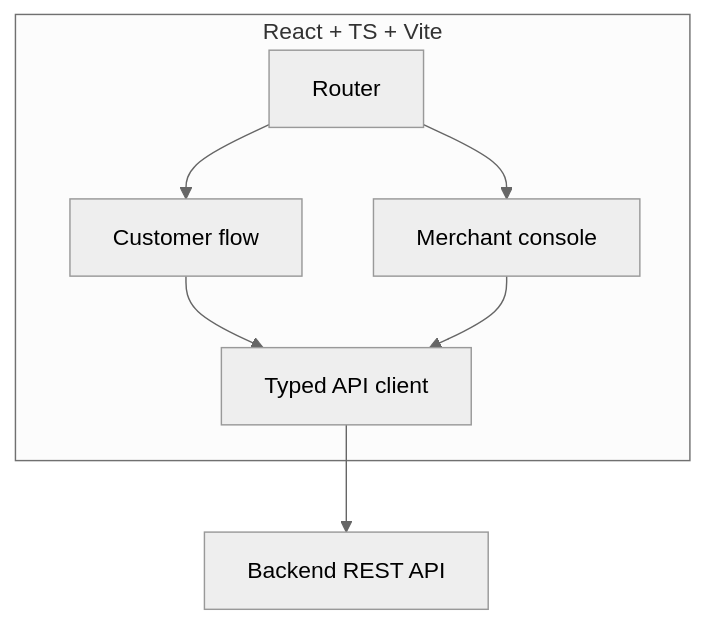
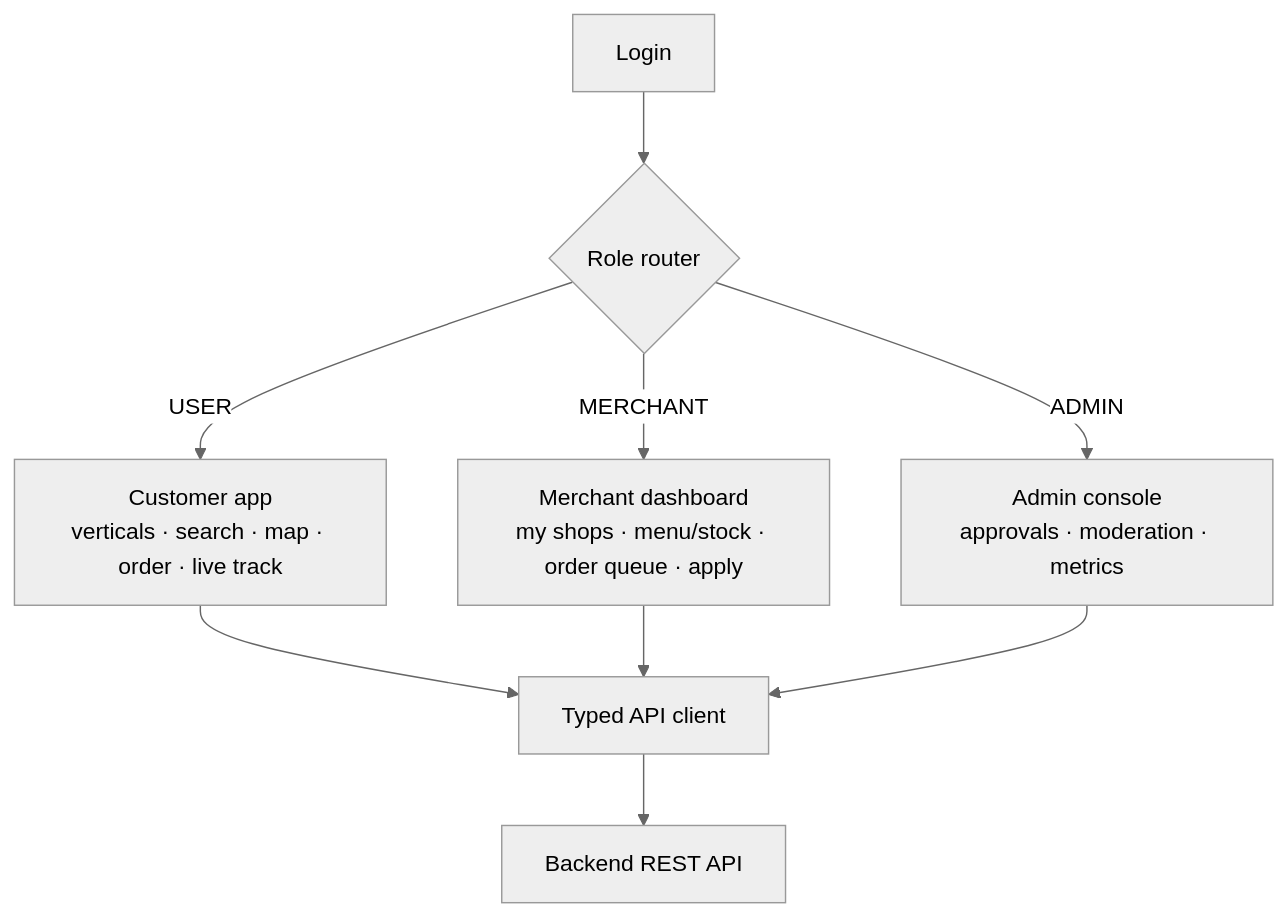
One commit to ManoharEldhandi/OnTheWay changed the ninth of 10 diagrams in ARCHITECTURE.md. Above: the diagram before and after it, drawn with Mermaid (neutral theme). The commit also changed other lines of this file and 1 other file, not shown here.

First line of the commit message:
docs: re-plan as role-separated product (architecture v2 + new to-do)

````diff
--- a/ARCHITECTURE.md
+++ b/ARCHITECTURE.md
@@ -278,10 +288,11 @@
 ```mermaid
 graph TB
-    subgraph Web[React + TS + Vite]
-      ROUTER[Router] --> CUST[Customer flow]
-      ROUTER --> MERCH[Merchant console]
-      CUST --> API[Typed API client]
-      MERCH --> API
-    end
+    LOGIN[Login] --> ROUTER{Role router}
+    ROUTER -->|USER| CUST[Customer app<br/>verticals · search · map · order · live track]
+    ROUTER -->|MERCHANT| MERCH[Merchant dashboard<br/>my shops · menu/stock · order queue · apply]
+    ROUTER -->|ADMIN| ADMIN[Admin console<br/>approvals · moderation · metrics]
+    CUST --> API[Typed API client]
+    MERCH --> API
+    ADMIN --> API
     API --> BE[Backend REST API]
 ```
````
